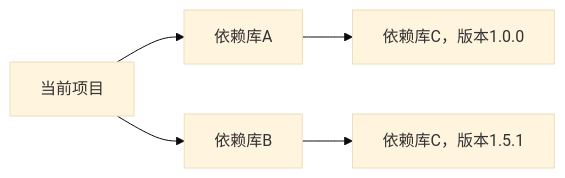
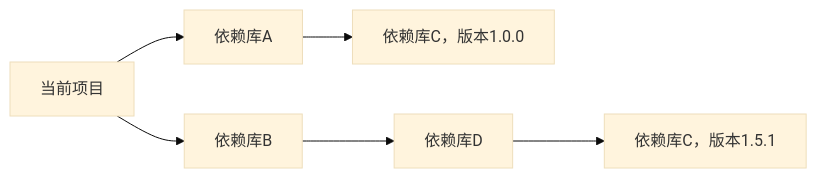
Before and after one commit to h13-0/Notebooks: the diagram in Java/项目管理工具/Mevan/Mevan.md, drawn with Mermaid (base theme). The commit also changed other lines of this file and 1 other file, not shown here.

````diff
--- a/Java/项目管理工具/Mevan/Mevan.md
+++ b/Java/项目管理工具/Mevan/Mevan.md
@@ -221,7 +221,8 @@
 ```mermaid
 flowchart LR
     A[当前项目] --> B[依赖库A]
     A[当前项目] --> C[依赖库B]
     B --> D[依赖库C，版本1.0.0]
-    C --> E[依赖库C，版本1.5.1]
+    C --> E[依赖库D]
+    E --> F[依赖库C，版本1.5.1]
 ```
````
